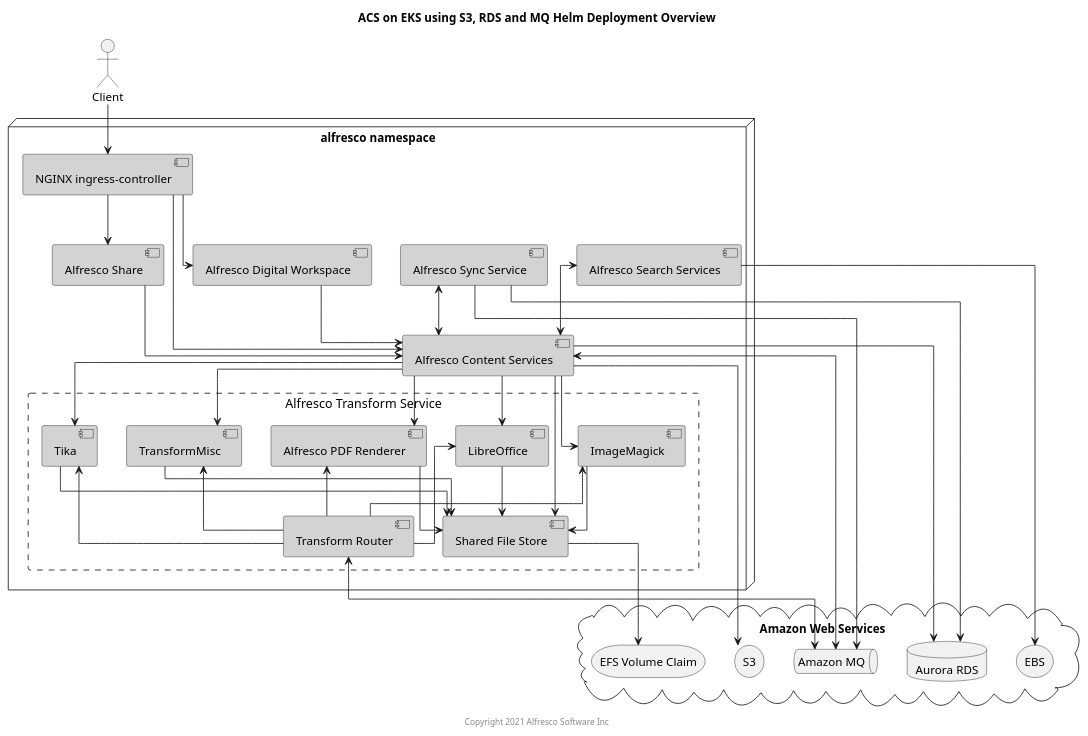
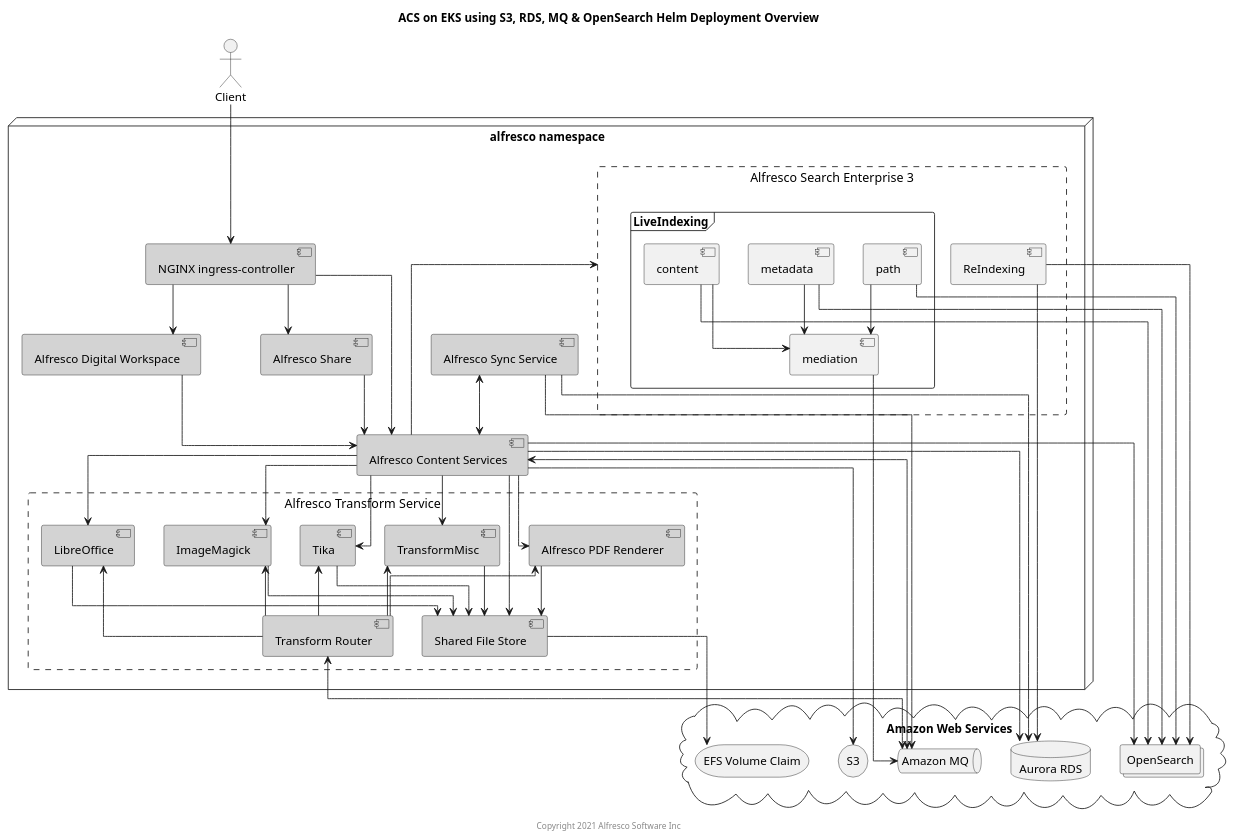
One commit to Alfresco/acs-deployment changed the diagram in docs/helm/diagrams/helm-eks-s3-rds-mq.puml. Above: the diagram before and after it, drawn with PlantUML. The commit also changed 1 other file, not shown here.

Commit message:
updated diagrams for AWS example

```diff
--- a/docs/helm/diagrams/helm-eks-s3-rds-mq.puml
+++ b/docs/helm/diagrams/helm-eks-s3-rds-mq.puml
@@ -1,81 +1,98 @@
 @startuml
 
-Title: ACS on EKS using S3, RDS and MQ Helm Deployment Overview
+Title: ACS on EKS using S3, RDS, MQ & OpenSearch Helm Deployment Overview
 
 skinparam componentStyle uml2
 skinparam linetype ortho
 skinparam rectangle {
     BorderStyle dashed
     FontSize 15
     FontStyle none
 }
 
 actor Client
 
 node "alfresco namespace" {
     component "NGINX ingress-controller" as nginx #lightgrey
     component "Alfresco Digital Workspace" as adw #lightgrey
     component "Alfresco Content Services" as acs #lightgrey
-    component "Alfresco Search Services" as ass #lightgrey
+    rectangle "Alfresco Search Enterprise 3" as se3 {
+        frame "LiveIndexing" as se3liveidx {
+            component "mediation" as se3mediation
+            component "content" as se3content
+            component "metadata" as se3metadata
+            component "path" as se3path
+        }
+        component "ReIndexing" as se3reidx
+    }
     component "Alfresco Sync Service" as sync #lightgrey
     component "Alfresco Share" as share #lightgrey
     rectangle "Alfresco Transform Service" {
         component "Transform Router" as tr #lightgrey
         component "Shared File Store" as sfs #lightgrey
         component "Alfresco PDF Renderer" as pdfr #lightgrey
         component "LibreOffice" as libr #lightgrey
         component "ImageMagick" as img #lightgrey
         component "Tika" as tika #lightgrey
         component "TransformMisc" as misc #lightgrey
     }
 }
 
 cloud "Amazon Web Services" {
+    database "Aurora RDS" as db
     storage "S3" as s3
-    database "Aurora RDS" as db
-    storage "EBS" as ebs
     storage "EFS Volume Claim" as vc
     queue "Amazon MQ" as mq
-
+    collections "OpenSearch" as osearch
 }
 
 Client --> nginx
 
 nginx --> acs
 nginx --> share
 nginx --> adw
 
-ass --> ebs
+se3 -[hidden]- sync
+acs --> s3
+acs --> osearch
+se3content --> osearch
+se3metadata --> osearch
+se3path --> osearch
+se3content --> se3mediation
+se3metadata --> se3mediation
+se3path --> se3mediation
+se3mediation --> mq
+se3reidx --> db
+se3reidx --> osearch
 sfs --> vc
-acs --> s3
 
-ass <--> acs
+se3 <-- acs
 acs --> db
 acs --> pdfr
 acs --> libr
 acs --> img
 acs --> tika
 acs --> misc
 acs --> sfs
 acs <--> mq
 tr -up-> pdfr
 tr -up-> libr
 tr -up-> img
 tr -up-> tika
 tr -up-> misc
 tr <--> mq
 pdfr --> sfs
 libr --> sfs
 img --> sfs
 tika --> sfs
 misc --> sfs
 share --> acs
 adw --> acs
 
 sync <--> acs
 sync --> db
 sync --> mq
 
 center footer Copyright 2021 Alfresco Software Inc
 
 @enduml
```
